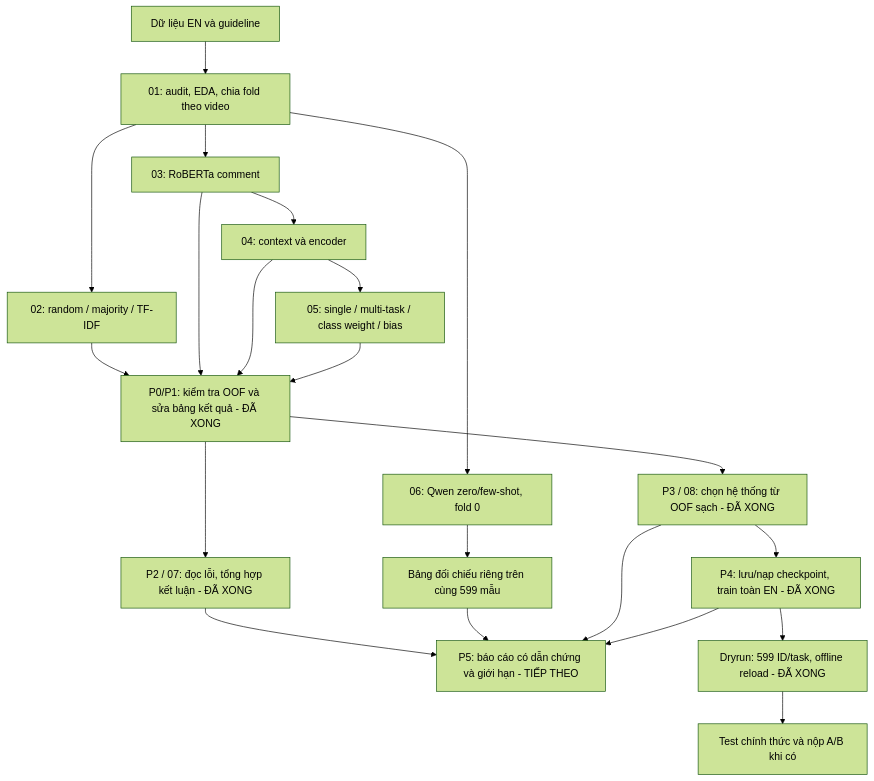
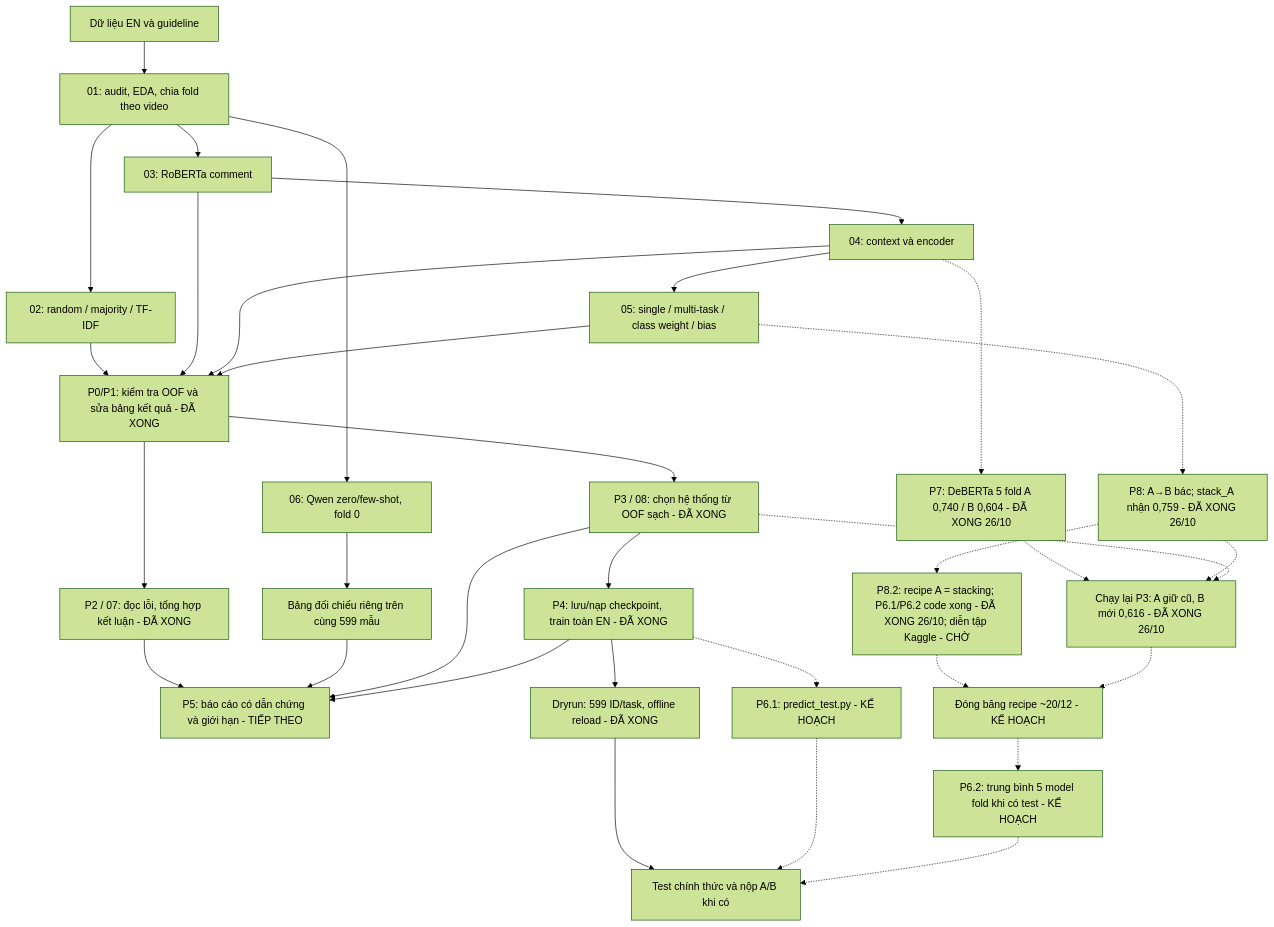
The diagram in SemEval2027_Task8/ROADMAP.md (minhtridaoo/TheThreeMusketeers---LGBTQ-), drawn with Mermaid (forest theme) before and after one commit. The commit also changed other lines of this file and 121 other files, not shown here.

Commit message:
Còn diễn tập 2 -> đóng băng -> test 1/2027

````diff
--- a/SemEval2027_Task8/ROADMAP.md
+++ b/SemEval2027_Task8/ROADMAP.md
@@ -52,23 +53,35 @@
 ```mermaid
 flowchart TD
     D["Dữ liệu EN và guideline"] --> E["01: audit, EDA, chia fold theo video"]
     E --> B["02: random / majority / TF-IDF"]
     E --> T["03: RoBERTa comment"]
     T --> C["04: context và encoder"]
     C --> M["05: single / multi-task / class weight / bias"]
     E --> L["06: Qwen zero/few-shot, fold 0"]
     B --> V["P0/P1: kiểm tra OOF và sửa bảng kết quả - ĐÃ XONG"]
     T --> V
     C --> V
     M --> V
     V --> X["P2 / 07: đọc lỗi, tổng hợp kết luận - ĐÃ XONG"]
     V --> S["P3 / 08: chọn hệ thống từ OOF sạch - ĐÃ XONG"]
     L --> R["Bảng đối chiếu riêng trên cùng 599 mẫu"]
     X --> W["P5: báo cáo có dẫn chứng và giới hạn - TIẾP THEO"]
     R --> W
     S --> W
     S --> F["P4: lưu/nạp checkpoint, train toàn EN - ĐÃ XONG"]
     F --> Q["Dryrun: 599 ID/task, offline reload - ĐÃ XONG"]
     F --> W
     Q --> U["Test chính thức và nộp A/B khi có"]
+    C -.-> P7["P7: DeBERTa 5 fold A 0,740 / B 0,604 - ĐÃ XONG 26/10"]
+    P7 -.-> S2["Chạy lại P3: A giữ cũ, B mới 0,616 - ĐÃ XONG 26/10"]
+    M -.-> P8["P8: A→B bác; stack_A nhận 0,759 - ĐÃ XONG 26/10"]
+    P8 -.-> S2
+    S -.-> S2
+    P8 -.-> P82["P8.2: recipe A = stacking; P6.1/P6.2 code xong - ĐÃ XONG 26/10; diễn tập Kaggle - CHỜ"]
+    P82 -.-> FZ
+    S2 -.-> FZ["Đóng băng recipe ~20/12 - KẾ HOẠCH"]
+    F -.-> P61["P6.1: predict_test.py - KẾ HOẠCH"]
+    FZ -.-> P62["P6.2: trung bình 5 model fold khi có test - KẾ HOẠCH"]
+    P61 -.-> U
+    P62 -.-> U
 ```
````
